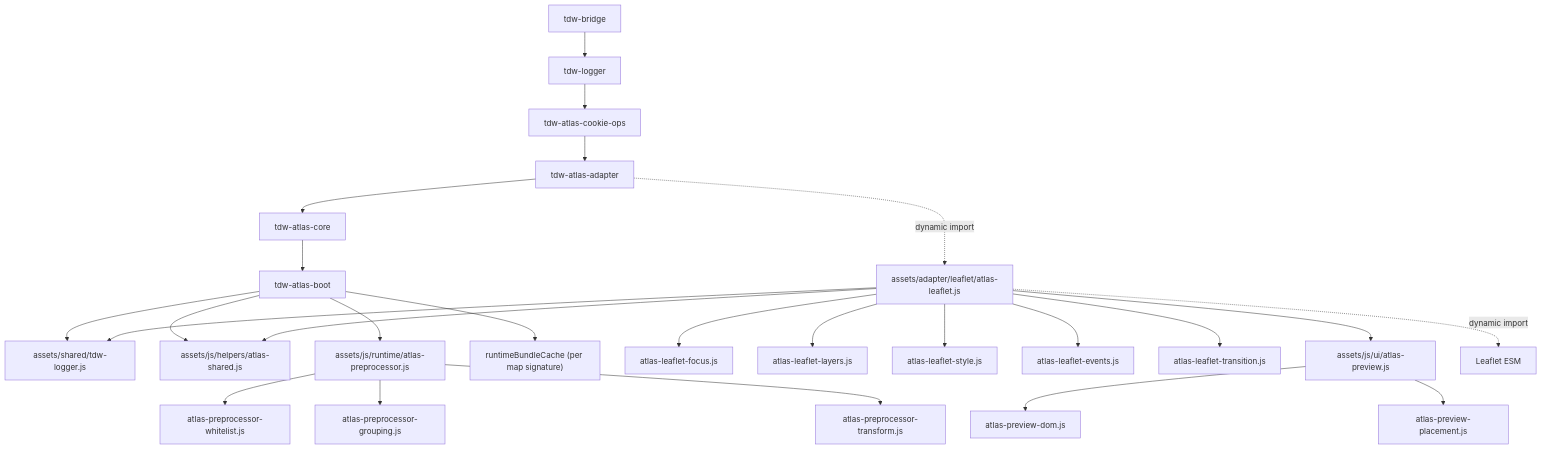
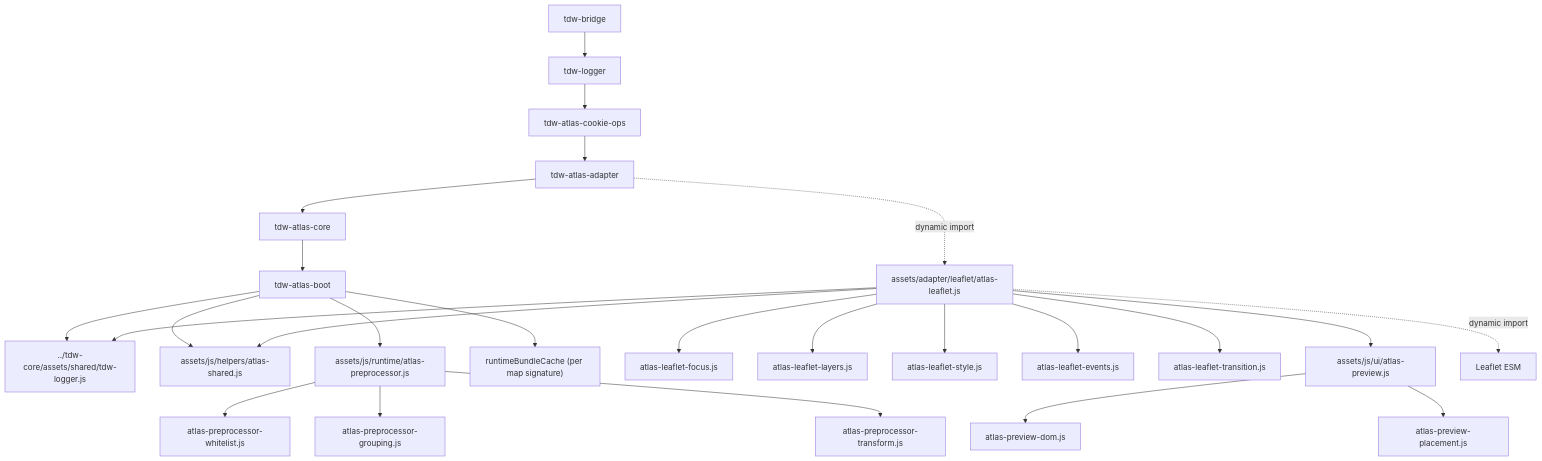
Before and after one commit to Exc3pti0n123/tdw-atlas-engine: the diagram in docs/diagrams/module-dependencies.md, drawn with Mermaid. The commit also changed 21 other files, not shown here.

First line of the commit message:
refactor(core-design): split tdw-site-core into tdw-core + tdw-design and move shared runtime modules

````diff
--- a/docs/diagrams/module-dependencies.md
+++ b/docs/diagrams/module-dependencies.md
@@ -3,27 +3,27 @@
 ```mermaid
 flowchart TD
   M1["tdw-bridge"] --> M2["tdw-logger"]
   M2 --> M3["tdw-atlas-cookie-ops"]
   M3 --> M4["tdw-atlas-adapter"]
   M4 --> M5["tdw-atlas-core"]
   M5 --> M6["tdw-atlas-boot"]
-  M6 --> H1["assets/shared/tdw-logger.js"]
+  M6 --> H1["../tdw-core/assets/shared/tdw-logger.js"]
   M6 --> H2["assets/js/helpers/atlas-shared.js"]
   M6 --> P1["assets/js/runtime/atlas-preprocessor.js"]
   P1 --> P2["atlas-preprocessor-whitelist.js"]
   P1 --> P3["atlas-preprocessor-grouping.js"]
   P1 --> P4["atlas-preprocessor-transform.js"]
   M6 --> C1["runtimeBundleCache (per map signature)"]
   M4 -."dynamic import".-> A1["assets/adapter/leaflet/atlas-leaflet.js"]
   A1 --> H1
   A1 --> H2
   A1 --> A2["atlas-leaflet-focus.js"]
   A1 --> A3["atlas-leaflet-layers.js"]
   A1 --> A4["atlas-leaflet-style.js"]
   A1 --> A5["atlas-leaflet-events.js"]
   A1 --> A6["atlas-leaflet-transition.js"]
   A1 --> U1["assets/js/ui/atlas-preview.js"]
   U1 --> U2["atlas-preview-dom.js"]
   U1 --> U3["atlas-preview-placement.js"]
   A1 -."dynamic import".-> V1["Leaflet ESM"]
 ```
````
